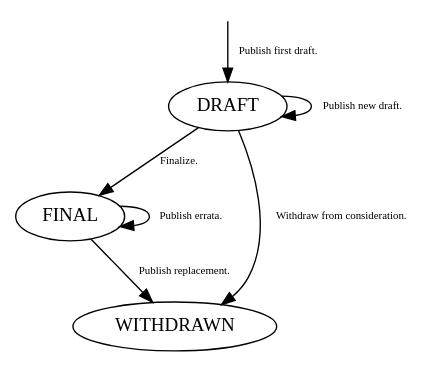
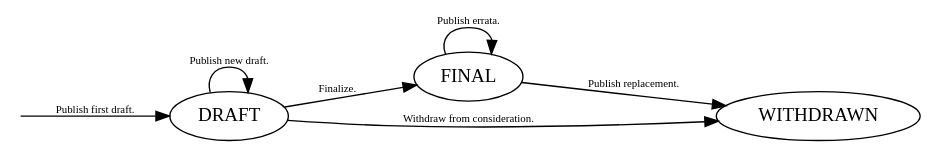
The diagram in admin/states.dot (scheme-requests-for-implementation/srfi-common), drawn with Graphviz before and after one commit.

Commit message:
Align left to right.

```diff
--- a/admin/states.dot
+++ b/admin/states.dot
@@ -1,9 +1,10 @@
 digraph srfi_states {
-	invisible_start [shape=point, style=invis]
+	rankdir=LR;
+	invisible_start [shape=point, style=invis];
 	invisible_start -> DRAFT [label=" Publish first draft.", fontsize="8"];
 	DRAFT -> DRAFT [label=" Publish new draft.", fontsize="8"];
 	DRAFT -> FINAL [label=" Finalize.", fontsize="8"];
 	DRAFT -> WITHDRAWN [label=" Withdraw from consideration.", fontsize="8"];
 	FINAL -> FINAL [label=" Publish errata.", fontsize="8"];
 	FINAL -> WITHDRAWN [label=" Publish replacement.", fontsize="8"];
 }
```
